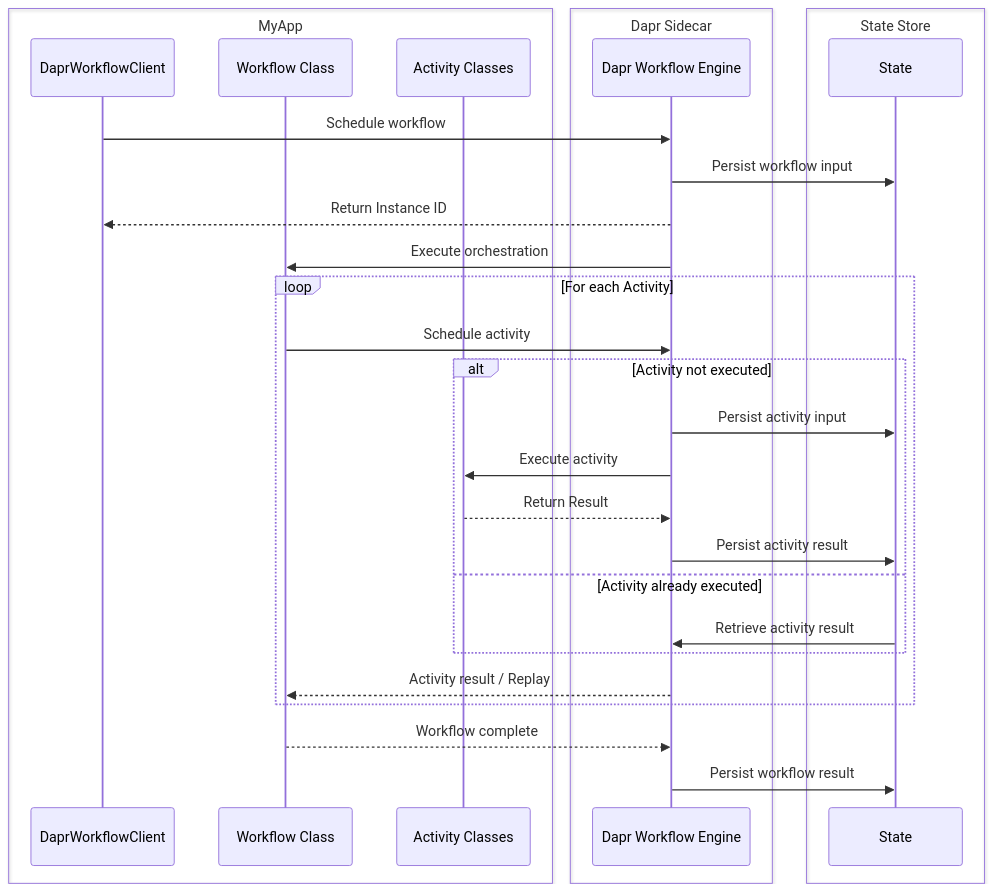
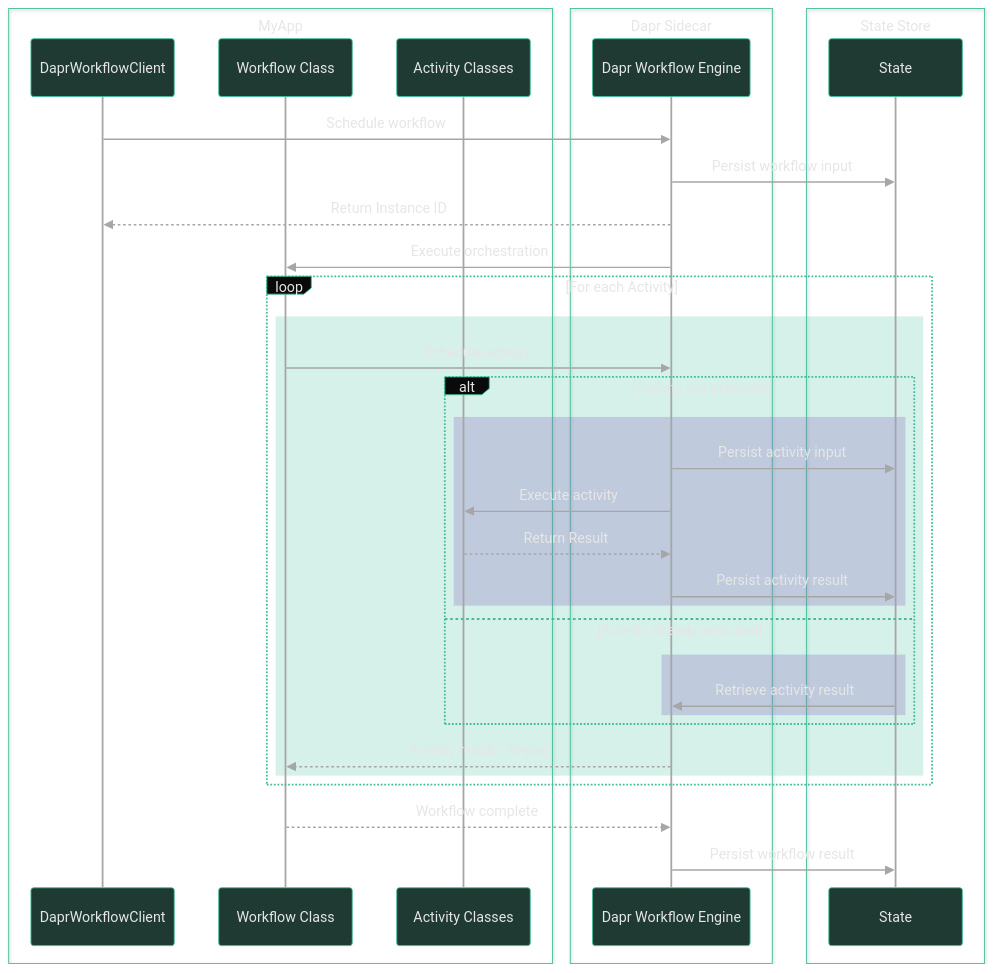
One commit to diagrid-labs/dapr-reliable-agentic-systems changed the diagram in .demo/slides/04-dapr-workflow/04-05-workflow-sequence-diagram.md. Above: the diagram before and after it, drawn with Mermaid. The commit also changed 55 other files, not shown here.

````diff
--- a/.demo/slides/04-dapr-workflow/04-05-workflow-sequence-diagram.md
+++ b/.demo/slides/04-dapr-workflow/04-05-workflow-sequence-diagram.md
@@ -3,33 +3,40 @@
 ```mermaid
+%%{init: {"theme":"base","themeVariables":{"background":"#0a0a0a","primaryColor":"#1f3a32","primaryTextColor":"#e6e6e6","primaryBorderColor":"#41BD9B","lineColor":"#A6A6A6","secondaryColor":"#111315","tertiaryColor":"#111315","clusterBkg":"#111315","clusterBorder":"#41BD9B","titleColor":"#F0C75E","edgeLabelBackground":"#0a0a0a","noteBkgColor":"#111315","noteTextColor":"#e6e6e6","noteBorderColor":"#41BD9B","actorBkg":"#1f3a32","actorBorder":"#41BD9B","actorTextColor":"#e6e6e6","actorLineColor":"#A6A6A6","signalColor":"#A6A6A6","signalTextColor":"#e6e6e6","labelBoxBkgColor":"#0a0a0a","labelBoxBorderColor":"#41BD9B","labelTextColor":"#e6e6e6","loopTextColor":"#e6e6e6","altSectionBkgColor":"#111315","sectionBkgColor":"#111315","fontFamily":"Geist,sans-serif"}}}%%
 sequenceDiagram
     box MyApp
         participant Client as DaprWorkflowClient
         participant Workflow as Workflow Class
         participant Activity as Activity Classes
     end
     box Dapr Sidecar
         participant Engine as Dapr Workflow Engine
     end
     box State Store 
         participant State as State
     end
 
     Client->>Engine: Schedule workflow
     Engine->>State: Persist workflow input
     Engine-->>Client: Return Instance ID
     Engine->>Workflow: Execute orchestration
     loop For each Activity
-        Workflow->>Engine: Schedule activity
-        alt Activity not executed
-        Engine->>State: Persist activity input
-        Engine->>Activity: Execute activity
-        Activity-->>Engine: Return Result
-        Engine->>State: Persist activity result
-        else Activity already  executed
-            State->>Engine: Retrieve activity result
+        rect rgba(65, 189, 155, 0.22)
+            Workflow->>Engine: Schedule activity
+            alt Activity not executed
+                rect rgba(139, 111, 191, 0.30)
+                    Engine->>State: Persist activity input
+                    Engine->>Activity: Execute activity
+                    Activity-->>Engine: Return Result
+                    Engine->>State: Persist activity result
+                end
+            else Activity already executed
+                rect rgba(139, 111, 191, 0.30)
+                    State->>Engine: Retrieve activity result
+                end
+            end
+            Engine-->>Workflow: Activity result / Replay
         end
-        Engine-->>Workflow: Activity result / Replay
     end
     Workflow-->>Engine: Workflow complete
     Engine->>State: Persist workflow result
 ```
````
